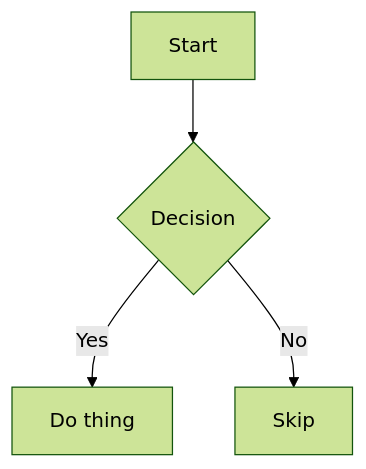
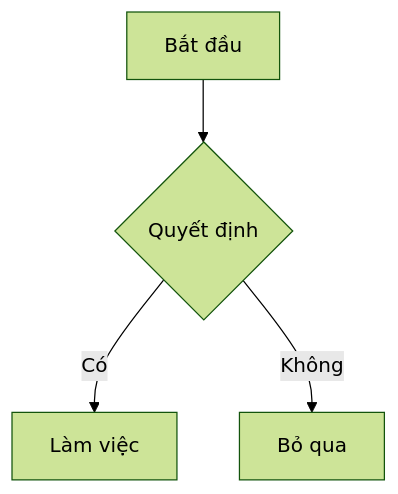
Before and after one commit to thapMadison/md-reader: the first of 2 diagrams in public/sample.md, drawn with Mermaid (forest theme). The commit also changed other lines of this file, not shown here.

````diff
--- a/public/sample.md
+++ b/public/sample.md
@@ -187,6 +293,6 @@
 ```mermaid
 graph TD
-  A[Start] --> B{Decision}
-  B -->|Yes| C[Do thing]
-  B -->|No| D[Skip]
+  A[Bắt đầu] --> B{Quyết định}
+  B -->|Có| C[Làm việc]
+  B -->|Không| D[Bỏ qua]
 ```
````
